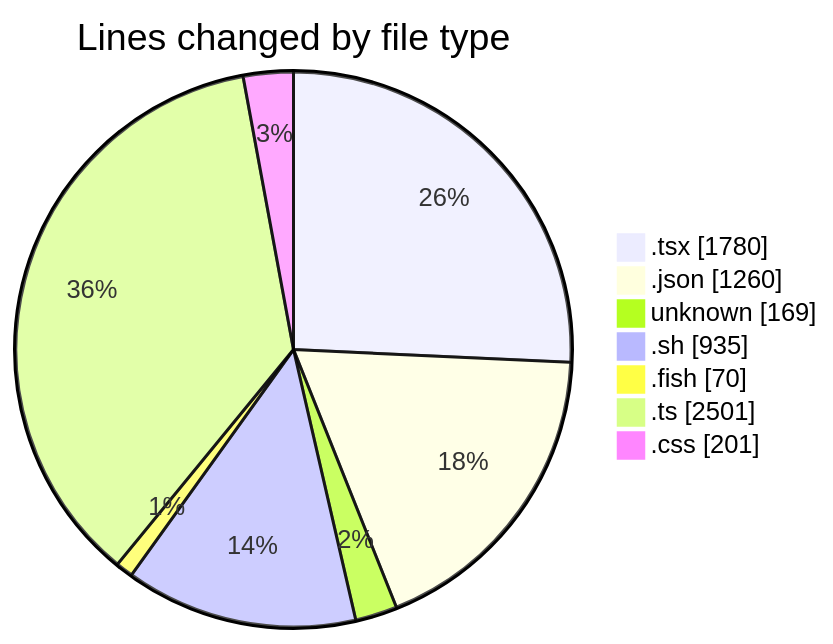
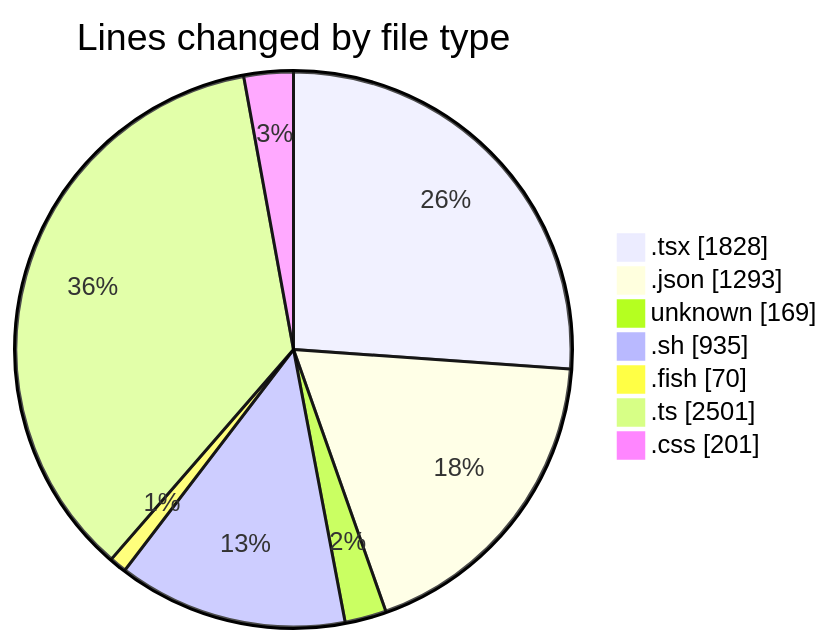
The first of 2 diagrams in 2025-07-17/ribbon/README.md (EIIisD/code-tracking), drawn with Mermaid before and after one commit. The commit also changed other lines of this file and 1 other file, not shown here.

````diff
--- a/2025-07-17/ribbon/README.md
+++ b/2025-07-17/ribbon/README.md
@@ -54,11 +54,11 @@
 ```mermaid
 pie showData
 title Lines changed by file type
-".tsx" : 1780
-".json" : 1260
+".tsx" : 1828
+".json" : 1293
 "unknown" : 169
 ".sh" : 935
 ".fish" : 70
 ".ts" : 2501
 ".css" : 201
 ```
````
